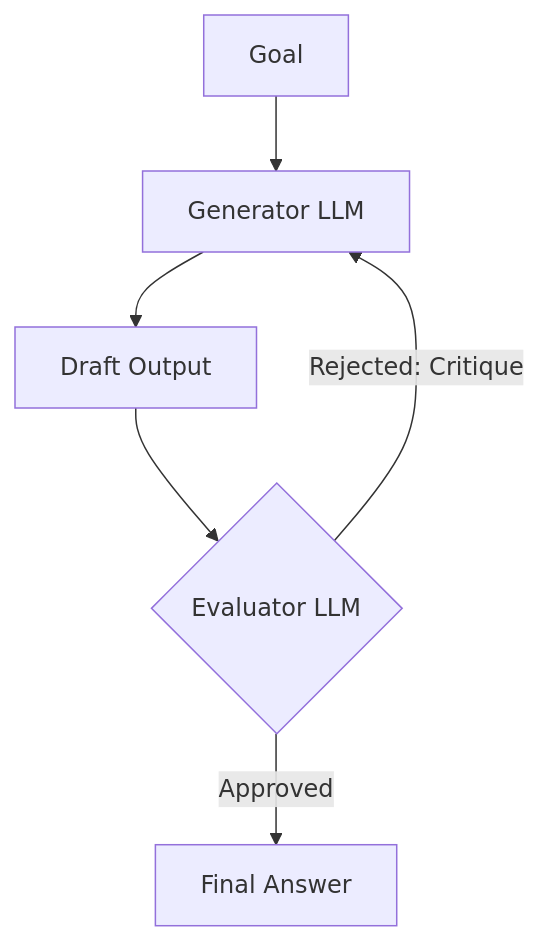
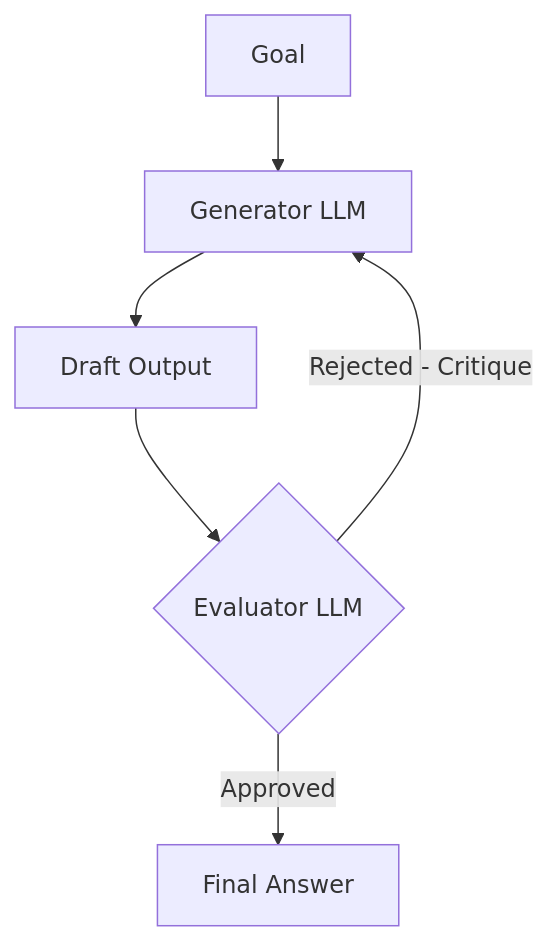
Before and after one commit to akmalkhaniub/akmalkhaniub.github.io: the sixth of 8 diagrams in blog/posts/agentic-ai-architectures.md, drawn with Mermaid. The commit also changed other lines of this file and 411 other files, not shown here.

````diff
--- a/blog/posts/agentic-ai-architectures.md
+++ b/blog/posts/agentic-ai-architectures.md
@@ -127,8 +127,8 @@
 ```mermaid
-graph TD
+flowchart TD
     Input[Goal] --> Gen[Generator LLM]
     Gen --> Draft[Draft Output]
     Draft --> Eval{Evaluator LLM}
-    Eval -->|Rejected: Critique| Gen
+    Eval -->|Rejected - Critique| Gen
     Eval -->|Approved| Out[Final Answer]
 ```
````
